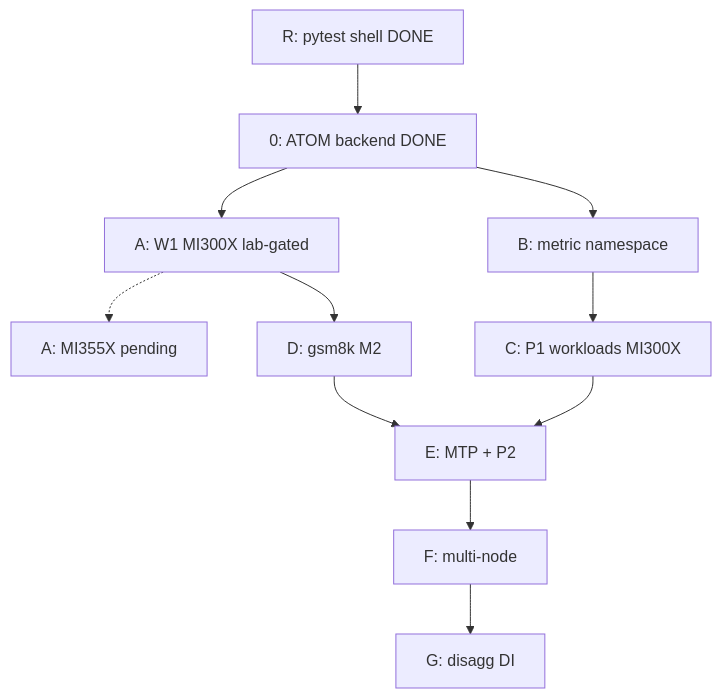
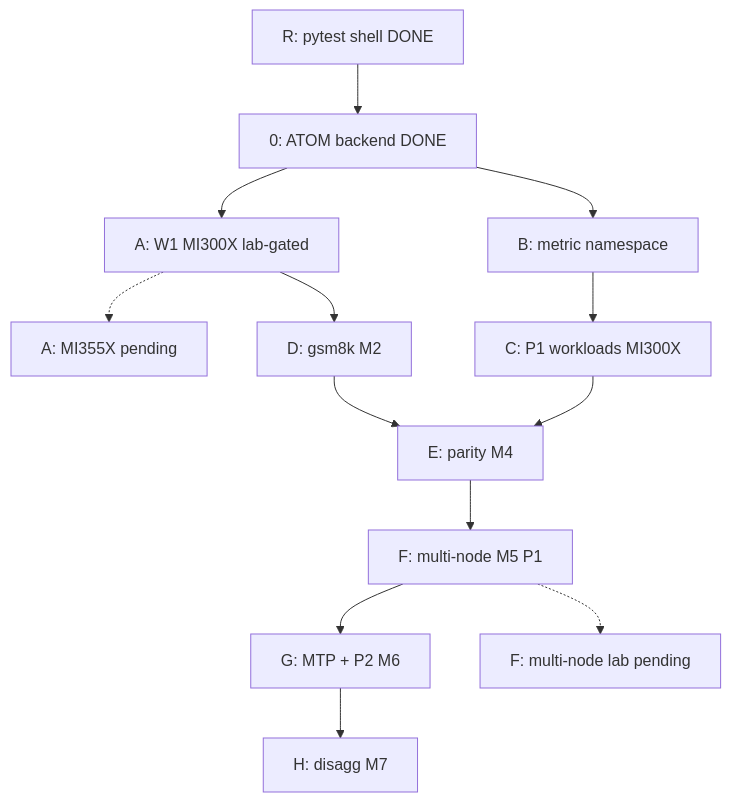
The fifth of 8 diagrams in plans/inferencex-atom-cvs-automation-plan.md (ROCm/cvs), drawn with Mermaid before and after one commit. The commit also changed other lines of this file, not shown here.

First line of the commit message:
docs(plan): prioritize multi-node as M5 after framework parity

````diff
--- a/plans/inferencex-atom-cvs-automation-plan.md
+++ b/plans/inferencex-atom-cvs-automation-plan.md
@@ -642,20 +660,23 @@
 ```mermaid
 flowchart TB
   PR["R: pytest shell DONE"]
   P0["0: ATOM backend DONE"]
   PA["A: W1 MI300X lab-gated"]
   PAP["A: MI355X pending"]
   PB["B: metric namespace"]
   PC["C: P1 workloads MI300X"]
   PD["D: gsm8k M2"]
-  PE["E: MTP + P2"]
-  PF["F: multi-node"]
-  PG["G: disagg DI"]
+  PE["E: parity M4"]
+  PF["F: multi-node M5 P1"]
+  PFP["F: multi-node lab pending"]
+  PG["G: MTP + P2 M6"]
+  PH["H: disagg M7"]
   PR --> P0 --> PA
   PA -.-> PAP
   P0 --> PB
   PA --> PD
   PB --> PC
-  PD --> PE --> PF --> PG
-  PC --> PE
+  PC --> PE --> PF --> PG --> PH
+  PD --> PE
+  PF -.-> PFP
 ```
````
